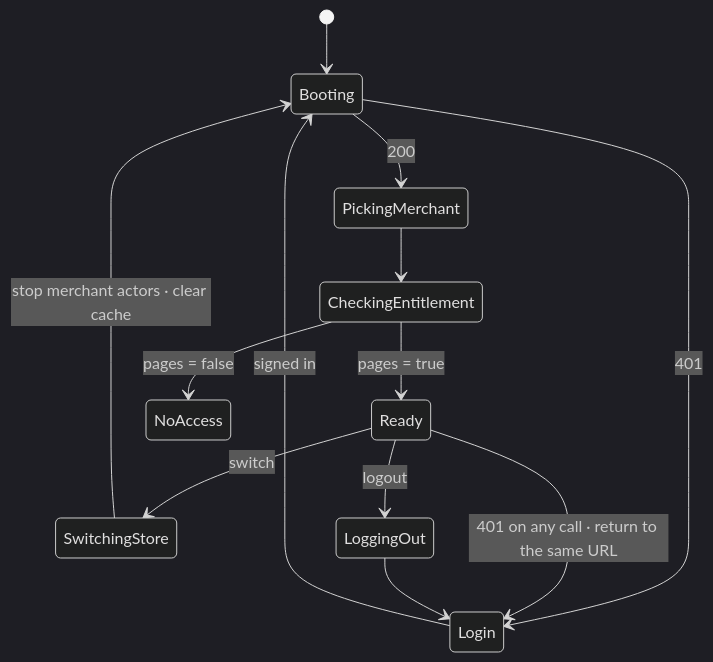
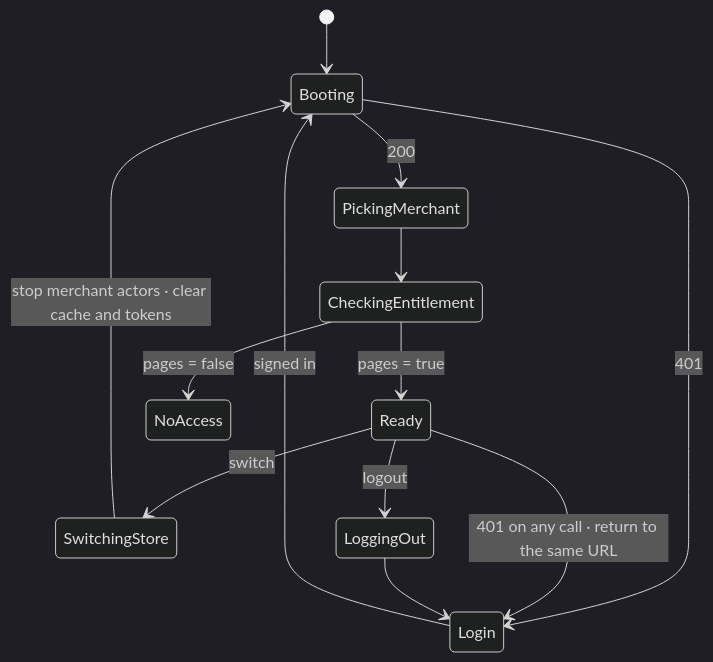
The first of 13 diagrams in docs/architecture/docs/machines.md (ashishkumar1-fe/new-gk-pages), drawn with Mermaid (dark theme) before and after one commit. The commit also changed other lines of this file and 14 other files, not shown here.

````diff
--- a/docs/architecture/docs/machines.md
+++ b/docs/architecture/docs/machines.md
@@ -39,15 +39,15 @@
 ```mermaid
 stateDiagram-v2
   [*] --> Booting
   Booting --> Login: 401
   Booting --> PickingMerchant: 200
   Login --> Booting: signed in
   PickingMerchant --> CheckingEntitlement
   CheckingEntitlement --> Ready: pages = true
   CheckingEntitlement --> NoAccess: pages = false
   Ready --> SwitchingStore: switch
-  SwitchingStore --> Booting: stop merchant actors · clear cache
+  SwitchingStore --> Booting: stop merchant actors · clear cache and tokens
   Ready --> Login: 401 on any call · return to the same URL
   Ready --> LoggingOut: logout
   LoggingOut --> Login
 ```
````
